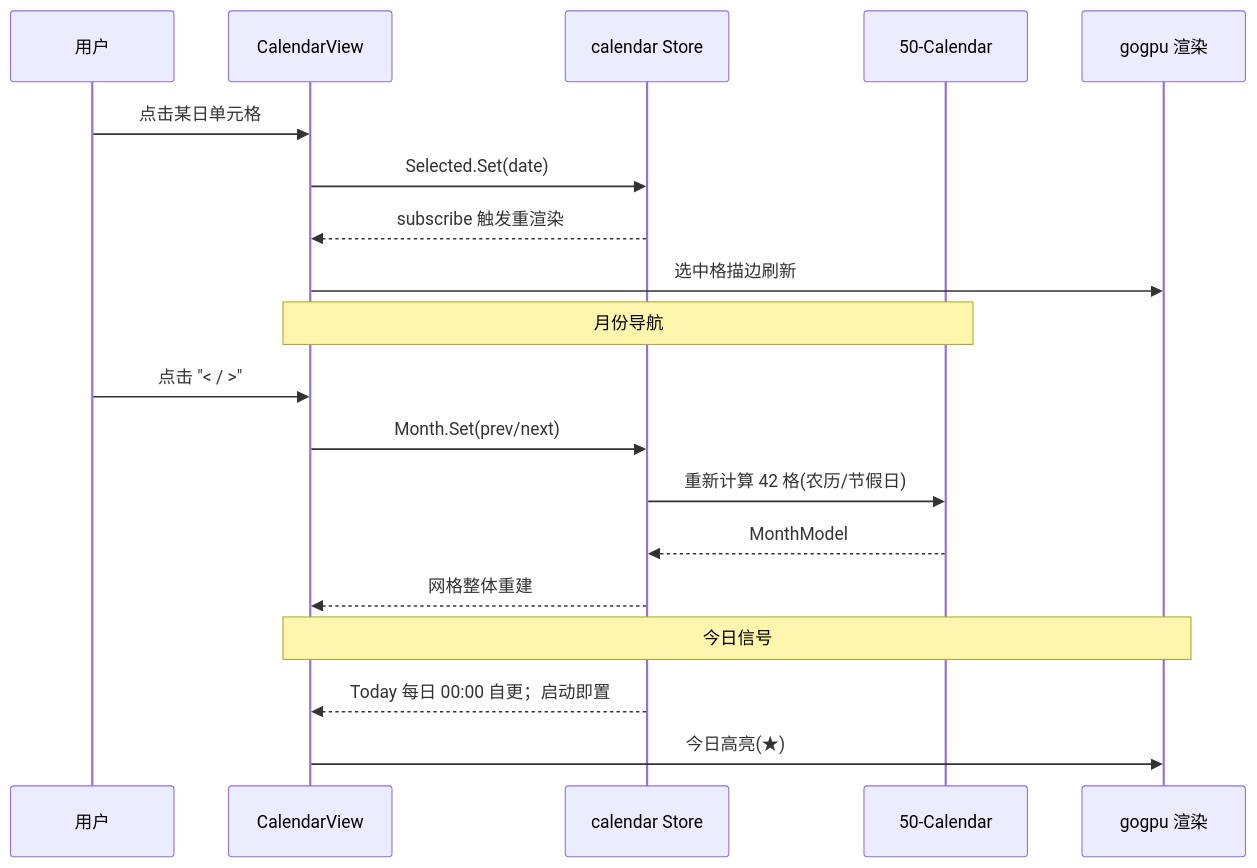
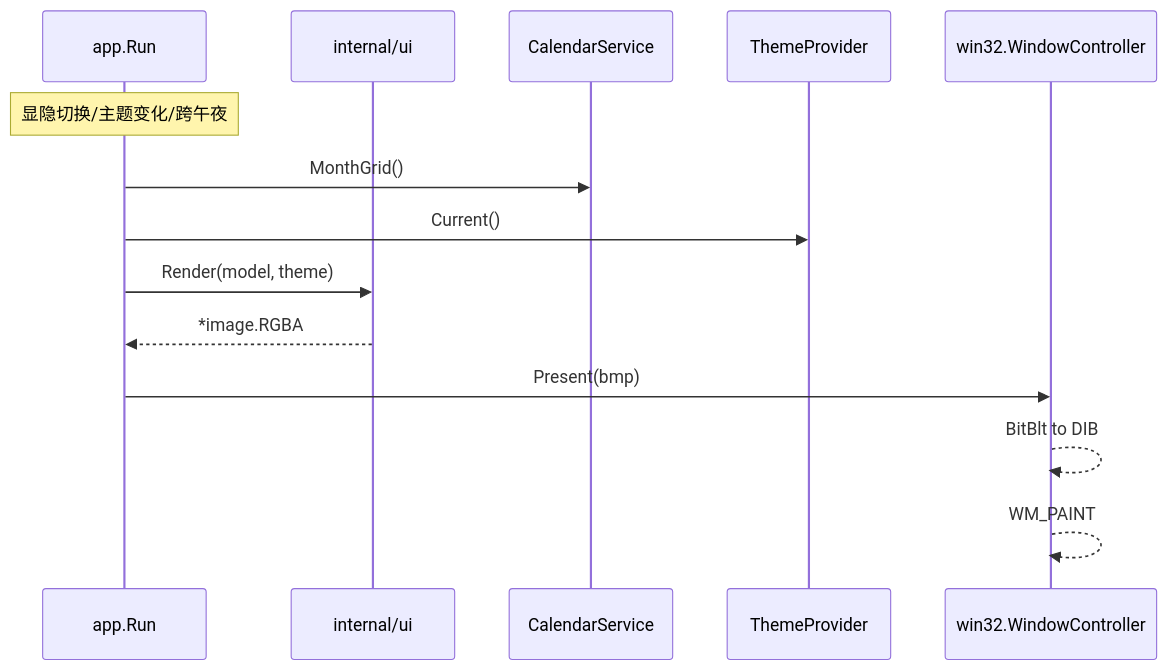
One commit to shaolei/DeskCalendar changed the third of 4 diagrams in docs/90-UI/CalendarView.md. Above: the diagram before and after it, drawn with Mermaid. The commit also changed other lines of this file and 13 other files, not shown here.

First line of the commit message:
feat(ui): implement #90-UI render layer (gg -> *image.RGBA via WindowController.Present)

````diff
--- a/docs/90-UI/CalendarView.md
+++ b/docs/90-UI/CalendarView.md
@@ -119,22 +133,17 @@
 ```mermaid
 sequenceDiagram
-    participant U as 用户
-    participant CV as CalendarView
-    participant S as calendar Store
-    participant Cal as 50-Calendar
-    participant R as gogpu 渲染
+    participant A as app.Run
+    participant UI as internal/ui
+    participant Cal as CalendarService
+    participant T as ThemeProvider
+    participant Win as win32.WindowController
 
-    U->>CV: 点击某日单元格
-    CV->>S: Selected.Set(date)
-    S-->>CV: subscribe 触发重渲染
-    CV->>R: 选中格描边刷新
-    Note over CV,Cal: 月份导航
-    U->>CV: 点击 "< / >"
-    CV->>S: Month.Set(prev/next)
-    S->>Cal: 重新计算 42 格(农历/节假日)
-    Cal-->>S: MonthModel
-    S-->>CV: 网格整体重建
-    Note over CV,R: 今日信号
-    S-->>CV: Today 每日 00:00 自更；启动即置
-    CV->>R: 今日高亮(★)
+    Note over A: 显隐切换/主题变化/跨午夜
+    A->>Cal: MonthGrid()
+    A->>T: Current()
+    A->>UI: Render(model, theme)
+    UI-->>A: *image.RGBA
+    A->>Win: Present(bmp)
+    Win-->>Win: BitBlt to DIB
+    Win-->>Win: WM_PAINT
 ```
````
